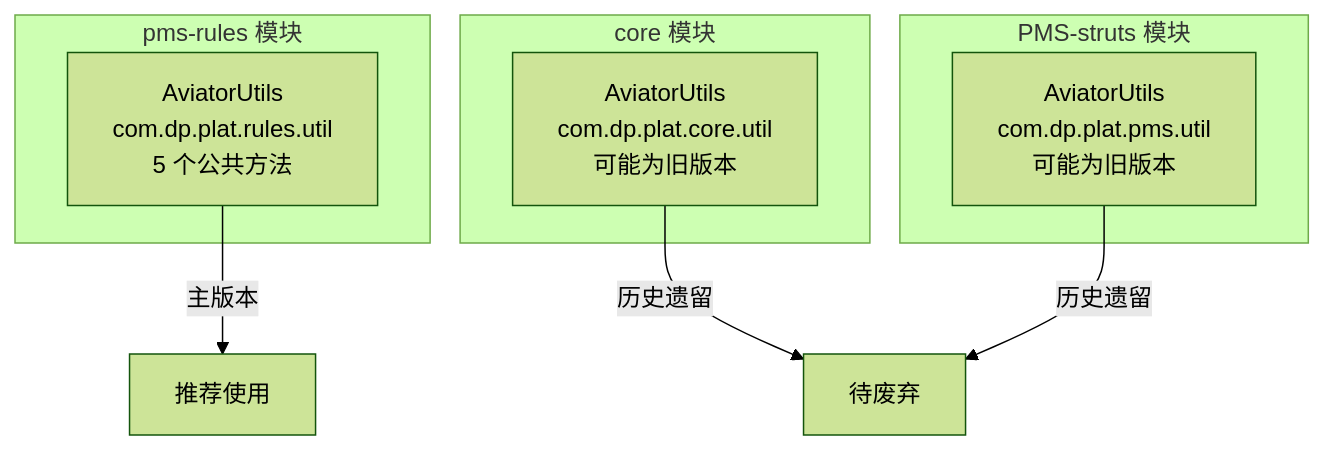
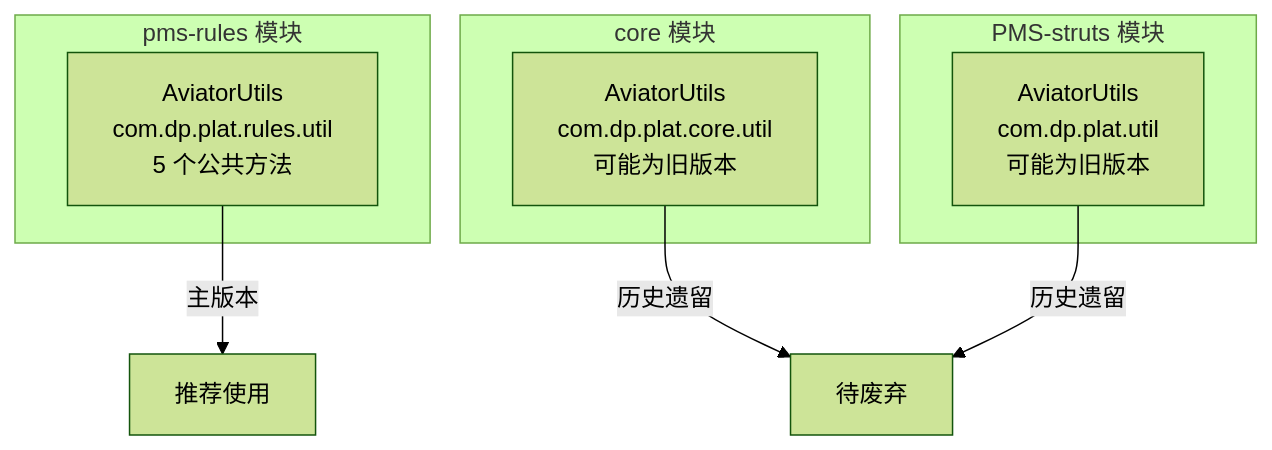
Before and after one commit to wrck/PMS: the eighth of 8 diagrams in pms-rules/docs/04-mapping/data-flow.md, drawn with Mermaid (forest theme). The commit also changed other lines of this file and 31 other files, not shown here.

````diff
--- a/pms-rules/docs/04-mapping/data-flow.md
+++ b/pms-rules/docs/04-mapping/data-flow.md
@@ -180,18 +180,18 @@
 ```mermaid
 graph TB
     subgraph pms-rules 模块
         A1[AviatorUtils<br/>com.dp.plat.rules.util<br/>5 个公共方法]
     end
 
     subgraph core 模块
         A2[AviatorUtils<br/>com.dp.plat.core.util<br/>可能为旧版本]
     end
 
     subgraph PMS-struts 模块
-        A3[AviatorUtils<br/>com.dp.plat.pms.util<br/>可能为旧版本]
+        A3[AviatorUtils<br/>com.dp.plat.util<br/>可能为旧版本]
     end
 
     A1 -->|主版本| B[推荐使用]
     A2 -->|历史遗留| C[待废弃]
     A3 -->|历史遗留| C
 ```
````
